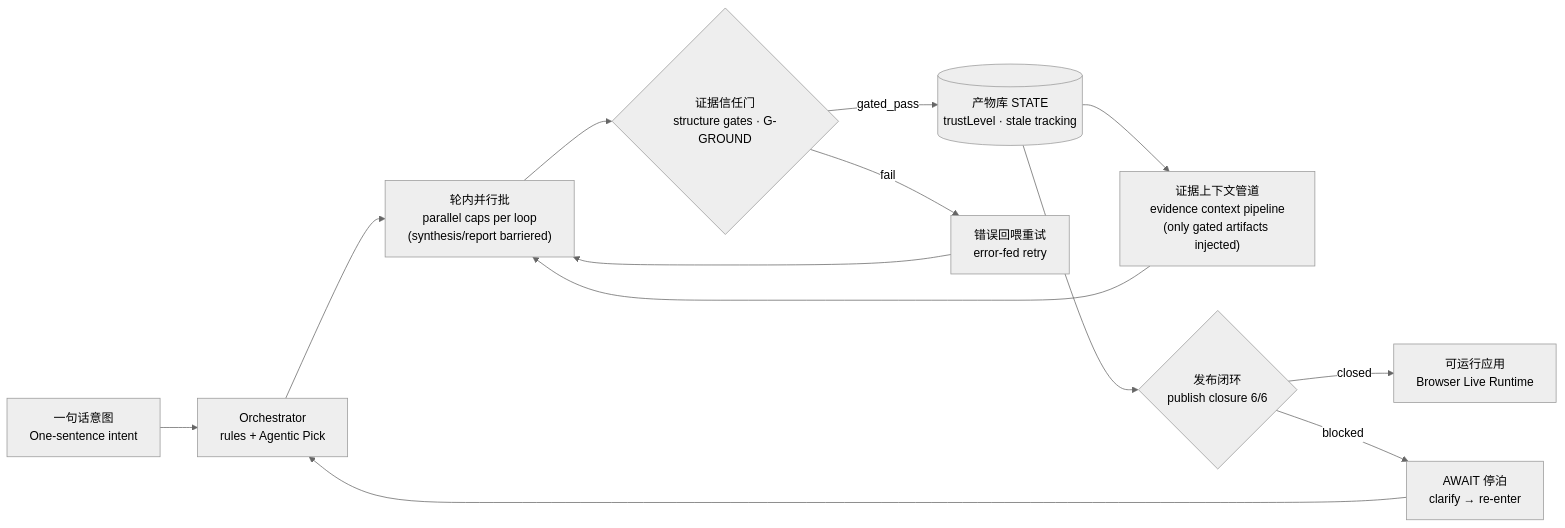
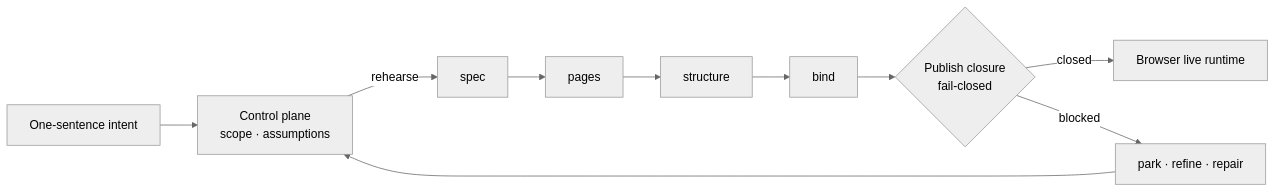
The diagram in README.md (2686521696/WhyBuddy), drawn with Mermaid (neutral theme) before and after one commit. The commit also changed other lines of this file and 1 other file, not shown here.

````diff
--- a/README.md
+++ b/README.md
@@ -147,15 +71,12 @@
 ```mermaid
 flowchart LR
-  U["一句话意图<br/>One-sentence intent"] --> ORCH["Orchestrator<br/>rules + Agentic Pick"]
-  ORCH --> PAR["轮内并行批<br/>parallel caps per loop<br/>(synthesis/report barriered)"]
-  PAR --> GATE{"证据信任门<br/>structure gates · G-GROUND"}
-  GATE -->|gated_pass| STATE[("产物库 STATE<br/>trustLevel · stale tracking")]
-  GATE -->|fail| FEED["错误回喂重试<br/>error-fed retry"]
-  FEED --> PAR
-  STATE --> ECTX["证据上下文管道<br/>evidence context pipeline<br/>(only gated artifacts injected)"]
-  ECTX --> PAR
-  STATE --> CLOSE{"发布闭环<br/>publish closure 6/6"}
-  CLOSE -->|closed| APP["可运行应用<br/>Browser Live Runtime"]
-  CLOSE -->|blocked| AWAIT["AWAIT 停泊<br/>clarify → re-enter"]
-  AWAIT --> ORCH
+  U["One-sentence intent"] --> CTRL["Control plane<br/>scope · assumptions"]
+  CTRL -->|rehearse| SPEC["spec"]
+  SPEC --> PAGES["pages"]
+  PAGES --> STRUCT["structure"]
+  STRUCT --> BIND["bind"]
+  BIND --> CLOSE{"Publish closure<br/>fail-closed"}
+  CLOSE -->|closed| APP["Browser live runtime"]
+  CLOSE -->|blocked| AWAIT["park · refine · repair"]
+  AWAIT --> CTRL
 ```
````
